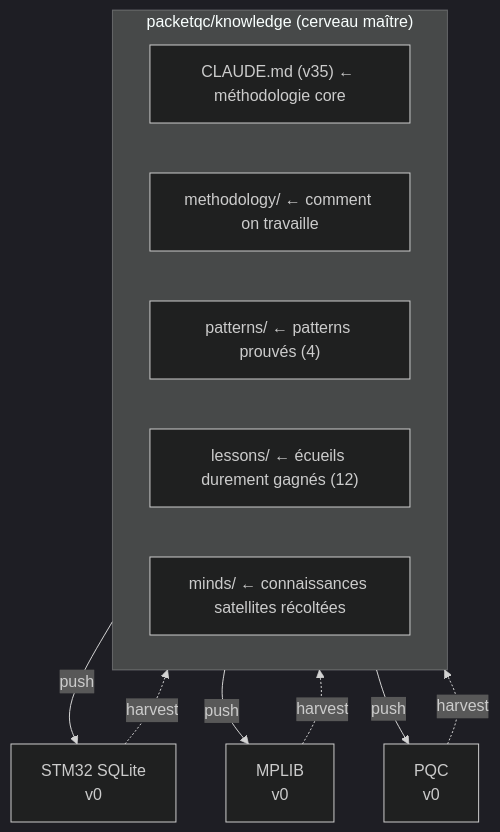
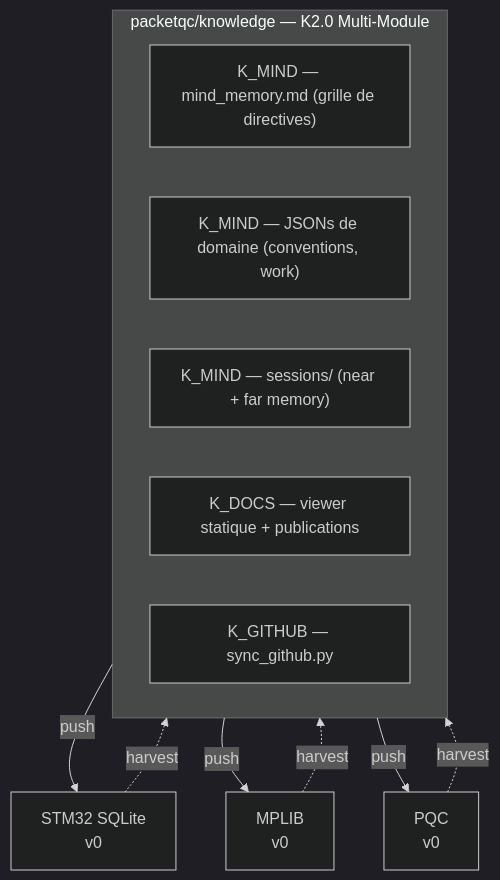
Before and after one commit to packetqc/K_DOCS: the first of 2 diagrams in docs/fr/publications/distributed-minds/full/index.md, drawn with Mermaid (dark theme). The commit also changed other lines of this file and 3 other files, not shown here.

First line of the commit message:
docs: update distributed-minds mermaid diagrams to K2.0 architecture

````diff
--- a/docs/fr/publications/distributed-minds/full/index.md
+++ b/docs/fr/publications/distributed-minds/full/index.md
@@ -97,18 +97,18 @@
 ```mermaid
 flowchart TB
-    subgraph MASTER["packetqc/knowledge (cerveau maître)"]
-        M1["CLAUDE.md (v35) ← méthodologie core"]
-        M2["methodology/ ← comment on travaille"]
-        M3["patterns/ ← patterns prouvés (4)"]
-        M4["lessons/ ← écueils durement gagnés (12)"]
-        M5["minds/ ← connaissances satellites récoltées"]
+    subgraph MASTER["packetqc/knowledge — K2.0 Multi-Module"]
+        M1["K_MIND — mind_memory.md (grille de directives)"]
+        M2["K_MIND — JSONs de domaine (conventions, work)"]
+        M3["K_MIND — sessions/ (near + far memory)"]
+        M4["K_DOCS — viewer statique + publications"]
+        M5["K_GITHUB — sync_github.py"]
     end
 
     MASTER -- "push" --> PA["STM32 SQLite\nv0"]
     MASTER -- "push" --> PB["MPLIB\nv0"]
     MASTER -- "push" --> PC["PQC\nv0"]
 
     PA -. "harvest" .-> MASTER
     PB -. "harvest" .-> MASTER
     PC -. "harvest" .-> MASTER
 ```
````
